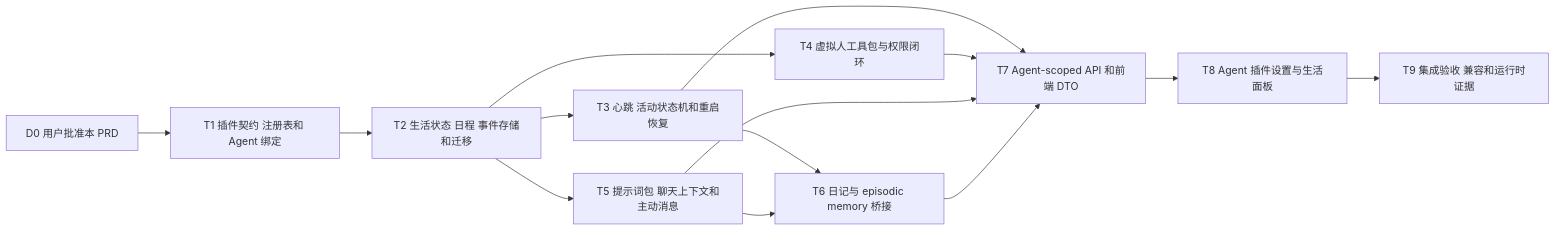
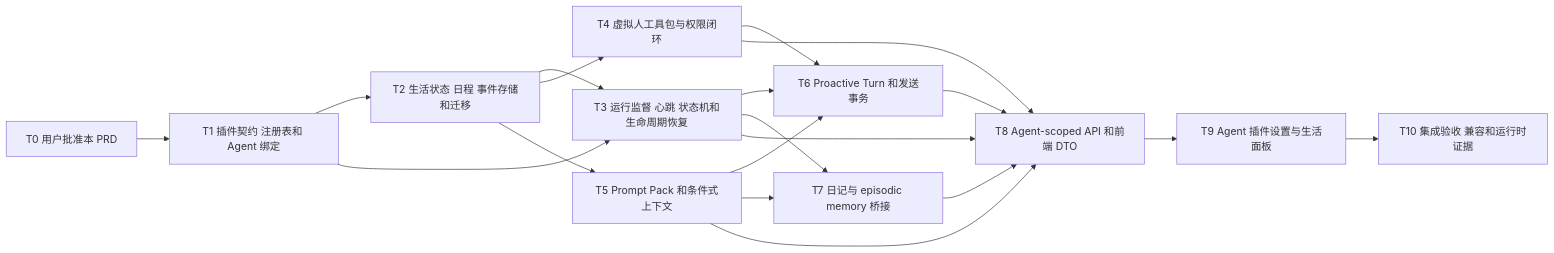
Before and after one commit to CCDawn/Vibelution: the fourth of 4 diagrams in docs/prds/2026-08-27-virtual-human-life-plugin.md, drawn with Mermaid. The commit also changed other lines of this file, not shown here.

Commit message:
docs(prd): close virtual human plugin reuse contracts

````diff
--- a/docs/prds/2026-08-27-virtual-human-life-plugin.md
+++ b/docs/prds/2026-08-27-virtual-human-life-plugin.md
@@ -664,27 +815,33 @@
 ```mermaid
 flowchart LR
-    D0[D0 用户批准本 PRD]
+    T0[T0 用户批准本 PRD]
     T1[T1 插件契约 注册表和 Agent 绑定]
     T2[T2 生活状态 日程 事件存储和迁移]
-    T3[T3 心跳 活动状态机和重启恢复]
+    T3[T3 运行监督 心跳 状态机和生命周期恢复]
     T4[T4 虚拟人工具包与权限闭环]
-    T5[T5 提示词包 聊天上下文和主动消息]
-    T6[T6 日记与 episodic memory 桥接]
-    T7[T7 Agent-scoped API 和前端 DTO]
-    T8[T8 Agent 插件设置与生活面板]
-    T9[T9 集成验收 兼容和运行时证据]
+    T5[T5 Prompt Pack 和条件式上下文]
+    T6[T6 Proactive Turn 和发送事务]
+    T7[T7 日记与 episodic memory 桥接]
+    T8[T8 Agent-scoped API 和前端 DTO]
+    T9[T9 Agent 插件设置与生活面板]
+    T10[T10 集成验收 兼容和运行时证据]
 
-    D0 --> T1
+    T0 --> T1
     T1 --> T2
+    T1 --> T3
     T2 --> T3
     T2 --> T4
     T2 --> T5
     T3 --> T6
+    T4 --> T6
     T5 --> T6
     T3 --> T7
-    T4 --> T7
     T5 --> T7
-    T6 --> T7
+    T3 --> T8
+    T4 --> T8
+    T5 --> T8
+    T6 --> T8
     T7 --> T8
     T8 --> T9
+    T9 --> T10
 ```
````
